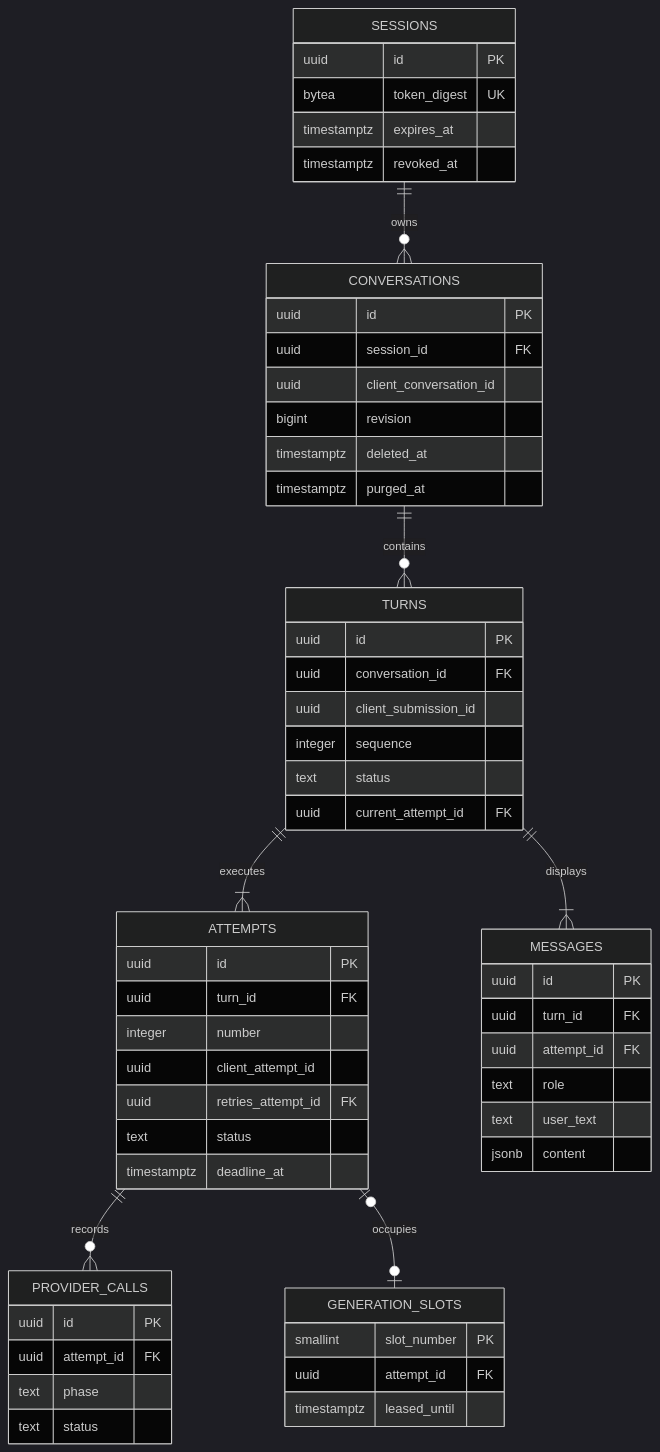
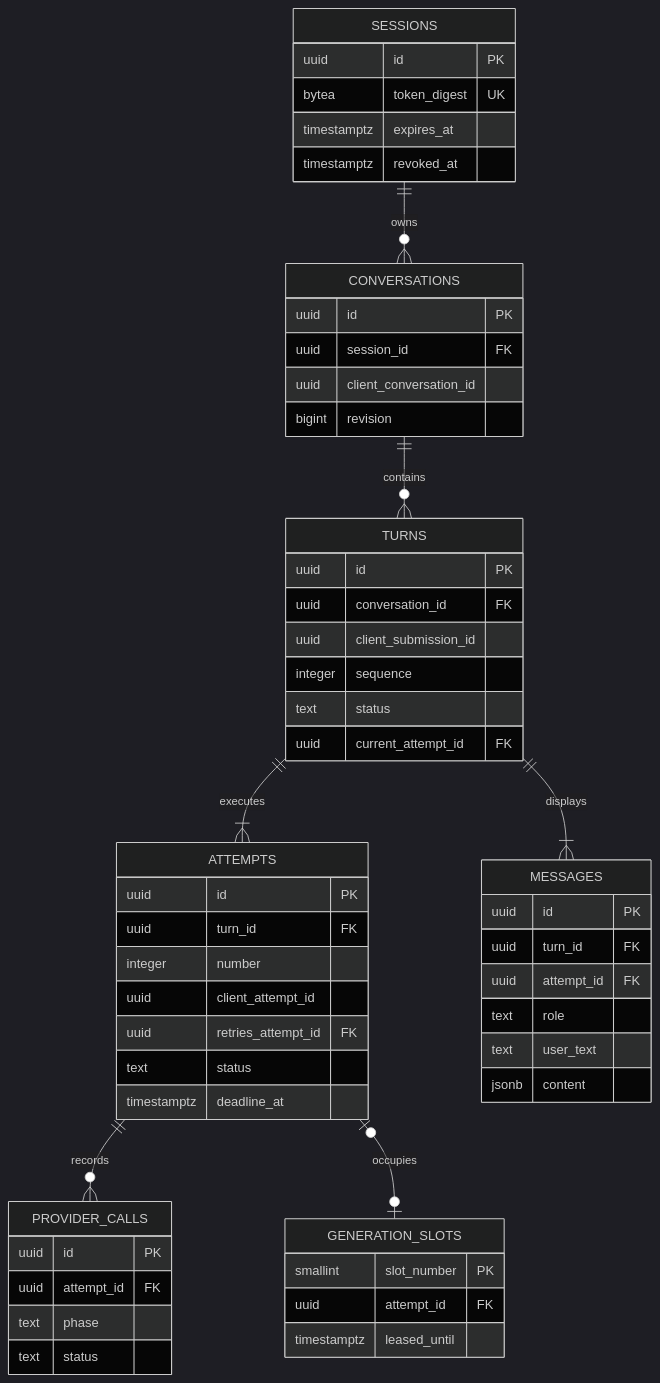
Before and after one commit to priyank-agrawal-101/ai-nutrition-asst: the diagram in docs/data-model.md, drawn with Mermaid (dark theme). The commit also changed other lines of this file and 20 other files, not shown here.

````diff
--- a/docs/data-model.md
+++ b/docs/data-model.md
@@ -44,60 +44,58 @@
 ```mermaid
 erDiagram
     SESSIONS ||--o{ CONVERSATIONS : owns
     CONVERSATIONS ||--o{ TURNS : contains
     TURNS ||--|{ ATTEMPTS : executes
     TURNS ||--|{ MESSAGES : displays
     ATTEMPTS ||--o{ PROVIDER_CALLS : records
     ATTEMPTS o|--o| GENERATION_SLOTS : occupies
 
     SESSIONS {
         uuid id PK
         bytea token_digest UK
         timestamptz expires_at
         timestamptz revoked_at
     }
     CONVERSATIONS {
         uuid id PK
         uuid session_id FK
         uuid client_conversation_id
         bigint revision
-        timestamptz deleted_at
-        timestamptz purged_at
     }
     TURNS {
         uuid id PK
         uuid conversation_id FK
         uuid client_submission_id
         integer sequence
         text status
         uuid current_attempt_id FK
     }
     ATTEMPTS {
         uuid id PK
         uuid turn_id FK
         integer number
         uuid client_attempt_id
         uuid retries_attempt_id FK
         text status
         timestamptz deadline_at
     }
     MESSAGES {
         uuid id PK
         uuid turn_id FK
         uuid attempt_id FK
         text role
         text user_text
         jsonb content
     }
     PROVIDER_CALLS {
         uuid id PK
         uuid attempt_id FK
         text phase
         text status
     }
     GENERATION_SLOTS {
         smallint slot_number PK
         uuid attempt_id FK
         timestamptz leased_until
     }
 ```
````
